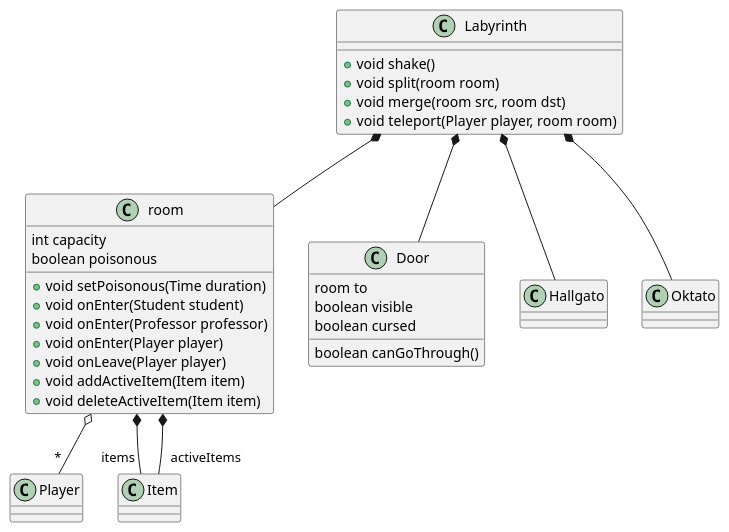
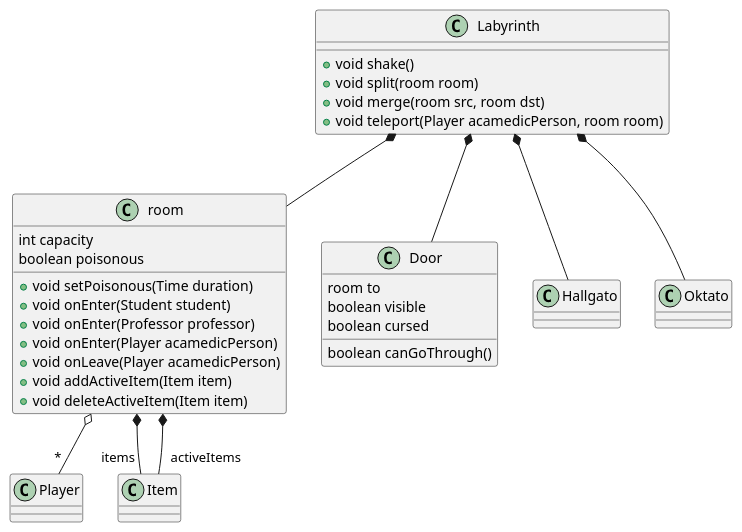
One commit to jajecnikmarci/ProjLab changed the diagram in docs/labyrinth.puml. Above: the diagram before and after it, drawn with PlantUML. The commit also changed 27 other files, not shown here.

Commit message:
Player osztály átnevezve AcademicPerson-né és player package people lett

```diff
--- a/docs/labyrinth.puml
+++ b/docs/labyrinth.puml
@@ -1,32 +1,32 @@
 class Labyrinth {
     + void shake()
     + void split(room room)
     + void merge(room src, room dst)
-    + void teleport(Player player, room room)
+    + void teleport(Player acamedicPerson, room room)
 }
 
 class room {
     int capacity
     boolean poisonous
     + void setPoisonous(Time duration)
     + void onEnter(Student student)
     + void onEnter(Professor professor)
-    + void onEnter(Player player)
-    + void onLeave(Player player)
+    + void onEnter(Player acamedicPerson)
+    + void onLeave(Player acamedicPerson)
     + void addActiveItem(Item item)
     + void deleteActiveItem(Item item) 
 }
 class Door {
     room to
     boolean visible
     boolean cursed
     boolean canGoThrough() 
 }
 Labyrinth *-- Door
 Labyrinth *-- room
 Labyrinth *-- Hallgato
 Labyrinth *-- Oktato
 
 room o-- "*"  Player
 room *-- "items"  Item
 room *-- "activeItems"  Item
```
